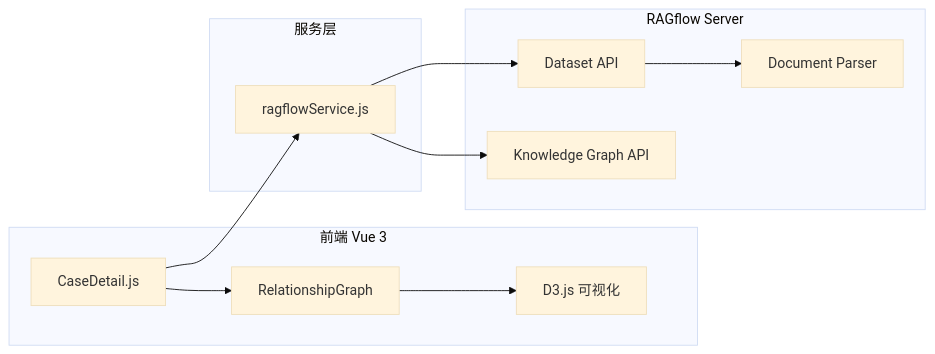
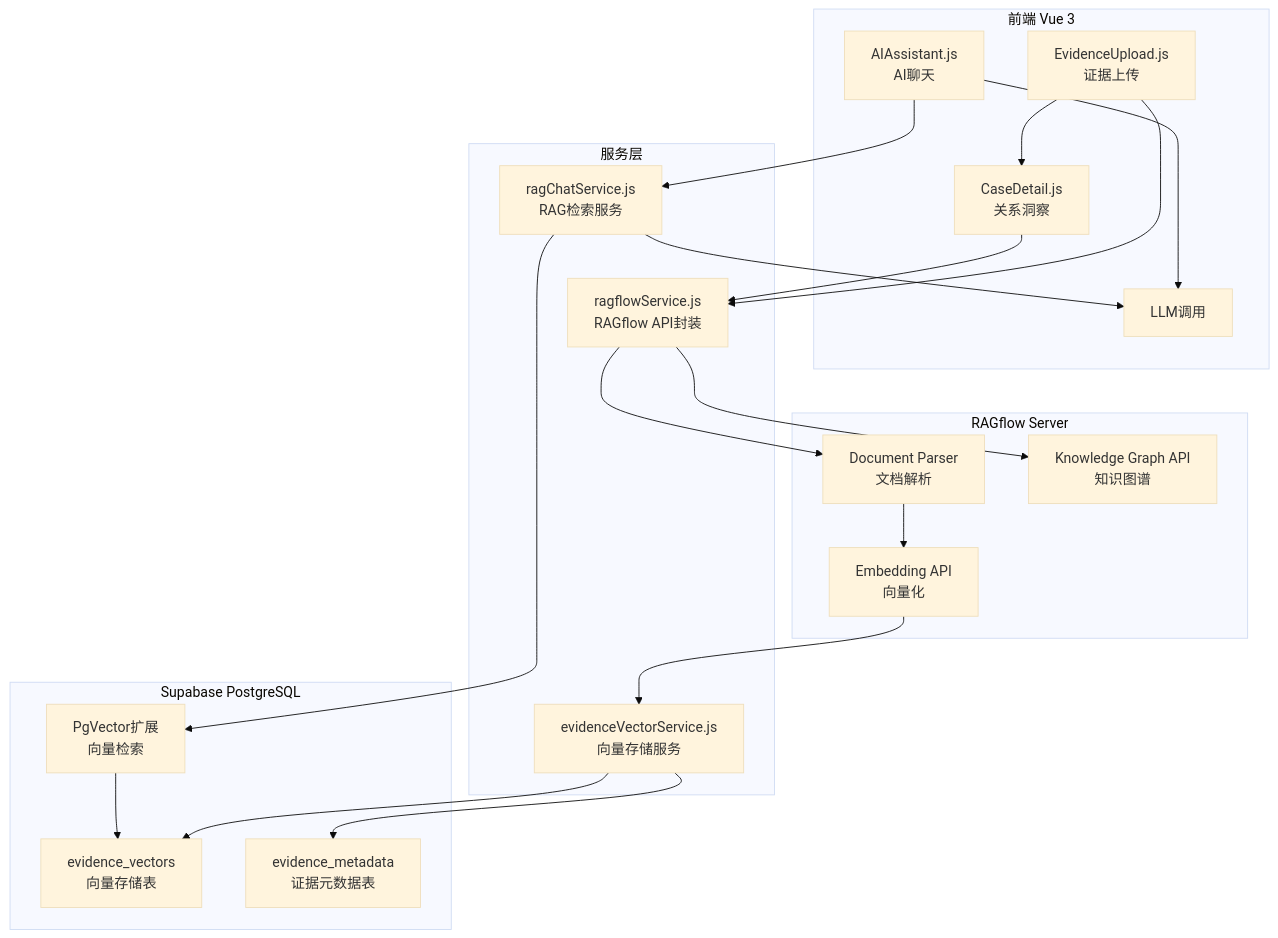
The first of 3 diagrams in docs/RAGflow集成实现方案.md (690925339/Legal-workspace-test), drawn with Mermaid (base theme) before and after one commit. The commit also changed other lines of this file and 35 other files, not shown here.

````diff
--- a/docs/RAGflow集成实现方案.md
+++ b/docs/RAGflow集成实现方案.md
@@ -9,22 +11,40 @@
 ```mermaid
-flowchart LR
+flowchart TB
     subgraph Frontend["前端 Vue 3"]
-        A[CaseDetail.js] --> B[RelationshipGraph]
-        B --> C[D3.js 可视化]
+        A1[EvidenceUpload.js<br/>证据上传] --> A2[CaseDetail.js<br/>关系洞察]
+        A3[AIAssistant.js<br/>AI聊天] --> A4[LLM调用]
     end
     
     subgraph Service["服务层"]
-        D[ragflowService.js]
+        B1[ragflowService.js<br/>RAGflow API封装]
+        B2[evidenceVectorService.js<br/>向量存储服务]
+        B3[ragChatService.js<br/>RAG检索服务]
     end
     
     subgraph RAGflow["RAGflow Server"]
-        E[Dataset API]
-        F[Knowledge Graph API]
-        G[Document Parser]
+        C1[Document Parser<br/>文档解析]
+        C2[Embedding API<br/>向量化]
+        C3[Knowledge Graph API<br/>知识图谱]
     end
     
-    A --> D
-    D --> E
-    D --> F
-    E --> G
+    subgraph Supabase["Supabase PostgreSQL"]
+        D1[evidence_vectors<br/>向量存储表]
+        D2[evidence_metadata<br/>证据元数据表]
+        D3[PgVector扩展<br/>向量检索]
+    end
+    
+    A1 --> B1
+    B1 --> C1
+    C1 --> C2
+    C2 --> B2
+    B2 --> D1
+    B2 --> D2
+    
+    A3 --> B3
+    B3 --> D3
+    D3 --> D1
+    B3 --> A4
+    
+    A2 --> B1
+    B1 --> C3
 ```
````
